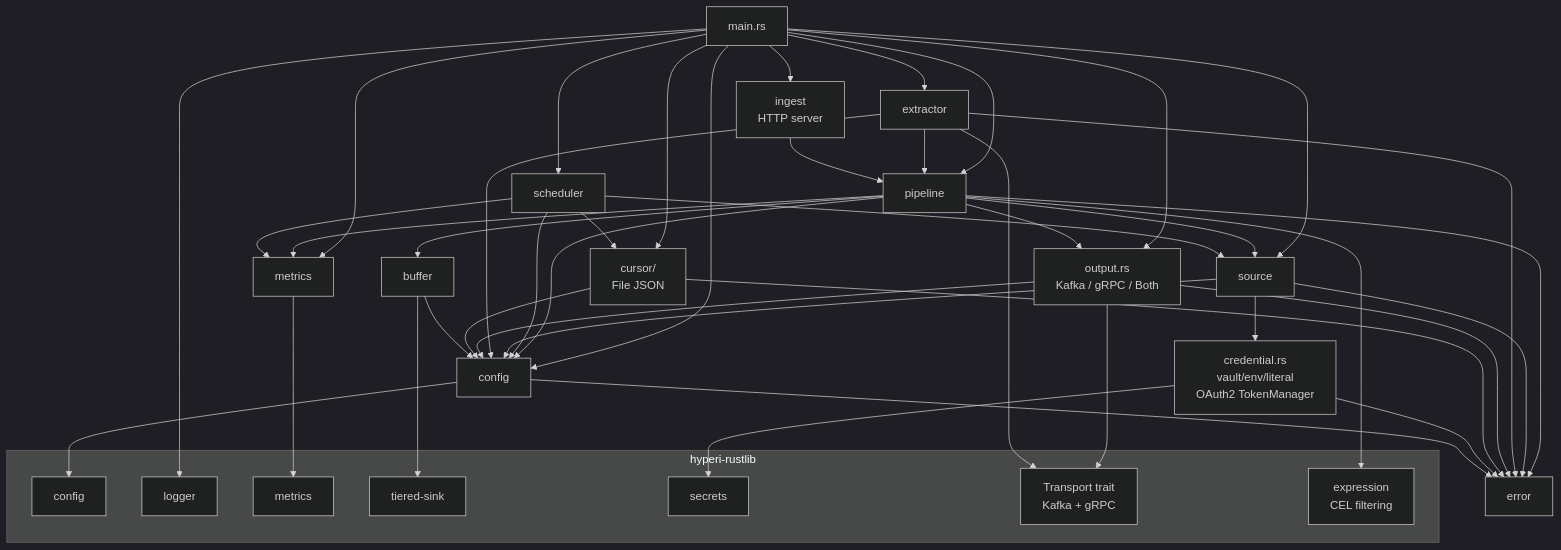
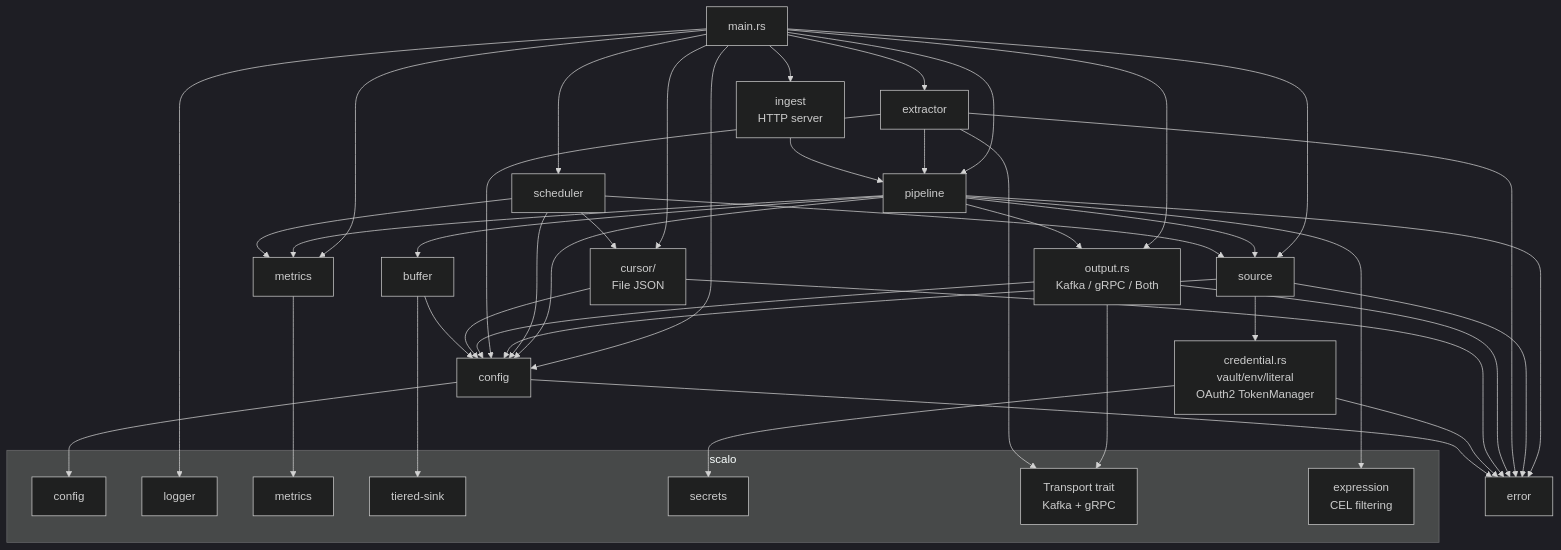
The eighth of 8 diagrams in docs/DESIGN.md (hyperi-io/dfe-fetcher), drawn with Mermaid (dark theme) before and after one commit. The commit also changed other lines of this file and 2 other files, not shown here.

Commit message:
docs: note scalo runtime + rename refs
Built-on-scalo note in the overview; rename rustlib refs in DESIGN and
the supply-chain crate-monitor example (crate is now scalo).

````diff
--- a/docs/DESIGN.md
+++ b/docs/DESIGN.md
@@ -232,65 +232,65 @@
 ```mermaid
 graph TD
     main[main.rs] --> config
     main --> metrics
     main --> pipeline
     main --> scheduler
     main --> source
     main --> extractor
     main --> ingest
     main --> output
     main --> cursor
 
     pipeline --> config
     pipeline --> metrics
     pipeline --> output
     pipeline --> buffer
     pipeline --> source
     pipeline --> error
 
     scheduler --> config
     scheduler --> metrics
     scheduler --> source
     scheduler --> cursor
 
     source --> config
     source --> credential
     source --> error
 
     extractor --> config
     extractor --> error
     extractor --> pipeline
 
     ingest[ingest<br>HTTP server] --> pipeline
 
     output[output.rs<br>Kafka / gRPC / Both] --> config
     output --> error
 
     cursor[cursor/<br>File JSON] --> config
     cursor --> error
 
     credential[credential.rs<br>vault/env/literal<br>OAuth2 TokenManager] --> error
 
     buffer --> config
 
     config --> error
 
-    subgraph "hyperi-rustlib"
+    subgraph "scalo"
         rustlib_config[config]
         rustlib_logger[logger]
         rustlib_metrics[metrics]
         rustlib_tiered[tiered-sink]
         rustlib_secrets[secrets]
         rustlib_transport[Transport trait<br>Kafka + gRPC]
         rustlib_expression[expression<br>CEL filtering]
     end
 
     config --> rustlib_config
     main --> rustlib_logger
     metrics --> rustlib_metrics
     buffer --> rustlib_tiered
     credential --> rustlib_secrets
     output --> rustlib_transport
     extractor --> rustlib_transport
     pipeline --> rustlib_expression
 ```
````
